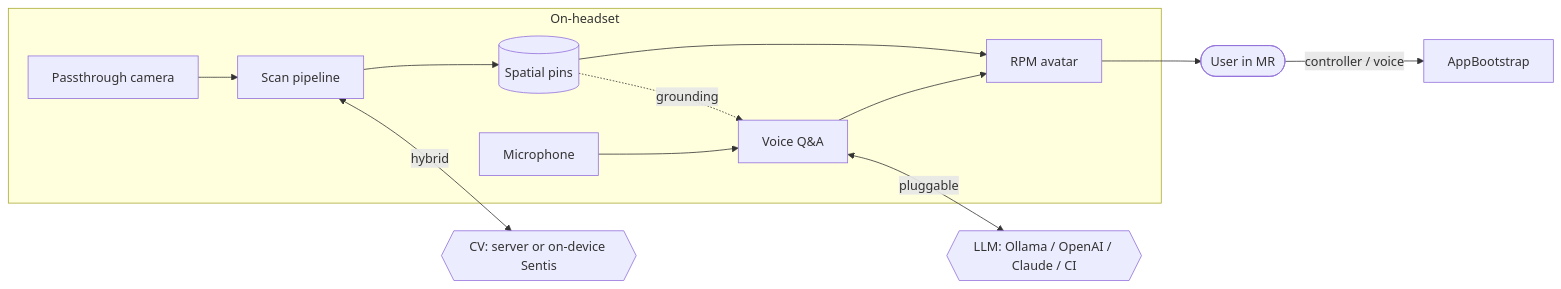
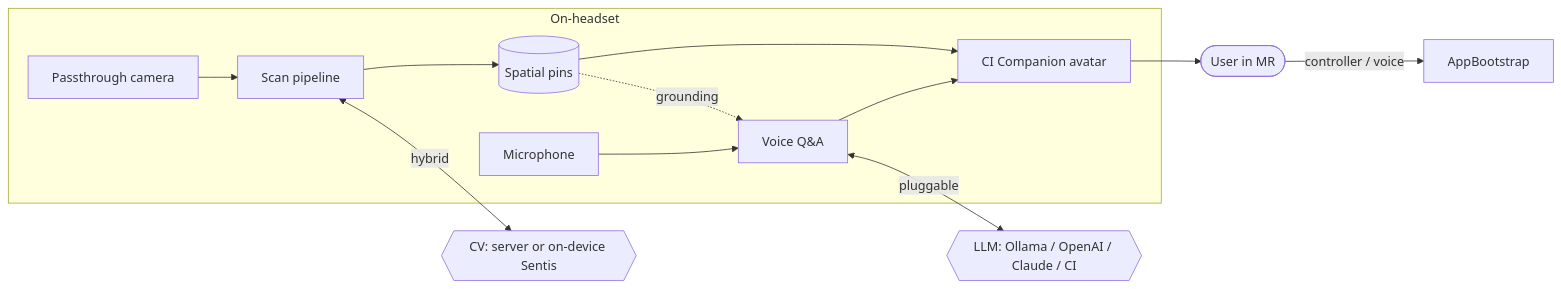
The first of 7 diagrams in docs/ARCHITECTURE.md (companionintelligence/CI-Spatial-Agent-Unity), drawn with Mermaid before and after one commit. The commit also changed other lines of this file and 152 other files, not shown here.

````diff
--- a/docs/ARCHITECTURE.md
+++ b/docs/ARCHITECTURE.md
@@ -11,15 +11,15 @@
 ```mermaid
 flowchart LR
     user([User in MR]) -->|controller / voice| app[AppBootstrap]
     subgraph device[On-headset]
         cam[Passthrough camera] --> scan[Scan pipeline]
         scan --> pins[(Spatial pins)]
-        pins --> avatar[RPM avatar]
+        pins --> avatar[CI Companion avatar]
         mic[Microphone] --> voice[Voice Q&A]
         voice --> avatar
         pins -.grounding.-> voice
     end
     scan <-->|hybrid| cv{{CV: server or on-device Sentis}}
     voice <-->|pluggable| llm{{LLM: Ollama / OpenAI / Claude / CI}}
     avatar --> user
 ```
````
